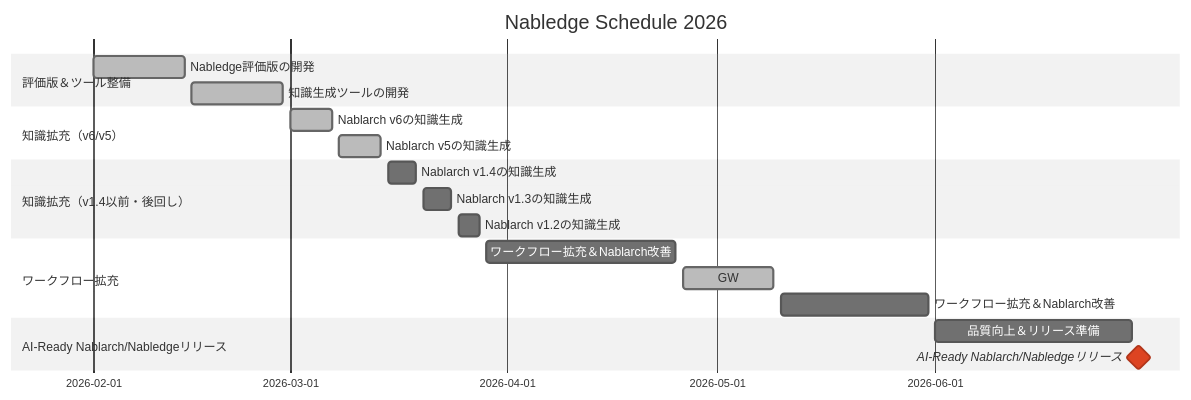
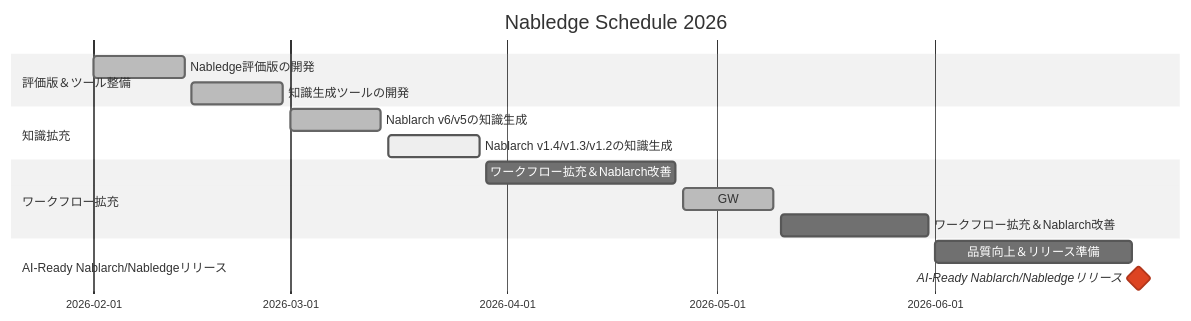
Before and after one commit to nablarch/nabledge-dev: the diagram in docs/development-status.md, drawn with Mermaid (neutral theme).

Commit message:
docs: revert Gantt chart to original structure

````diff
--- a/docs/development-status.md
+++ b/docs/development-status.md
@@ -19,27 +19,22 @@
 ```mermaid
 gantt
     title Nabledge Schedule 2026
     dateFormat YYYY-MM-DD
 
     section 評価版＆ツール整備
     Nabledge評価版の開発             :done, 2026-02-01, 2026-02-14
     知識生成ツールの開発             :done, 2026-02-15, 2026-02-28
 
-    section 知識拡充（v6/v5）
-    Nablarch v6の知識生成           :done, 2026-03-01, 2026-03-07
-    Nablarch v5の知識生成           :done, 2026-03-08, 2026-03-14
-
-    section 知識拡充（v1.4以前・後回し）
-    Nablarch v1.4の知識生成         :2026-03-15, 2026-03-19
-    Nablarch v1.3の知識生成         :2026-03-20, 2026-03-24
-    Nablarch v1.2の知識生成         :2026-03-25, 2026-03-28
+    section 知識拡充
+    Nablarch v6/v5の知識生成        :done, 2026-03-01, 2026-03-14
+    Nablarch v1.4/v1.3/v1.2の知識生成 :active, 2026-03-15, 2026-03-28
 
     section ワークフロー拡充
     ワークフロー拡充＆Nablarch改善    :2026-03-29, 2026-04-25
     GW                             :done, 2026-04-26, 2026-05-09
     ワークフロー拡充＆Nablarch改善    :2026-05-10, 2026-05-31
 
     section AI-Ready Nablarch/Nabledgeリリース
     品質向上＆リリース準備                        :2026-06-01, 2026-06-29
     AI-Ready Nablarch/Nabledgeリリース          :crit, milestone, 2026-06-30, 0d
 ```
````
